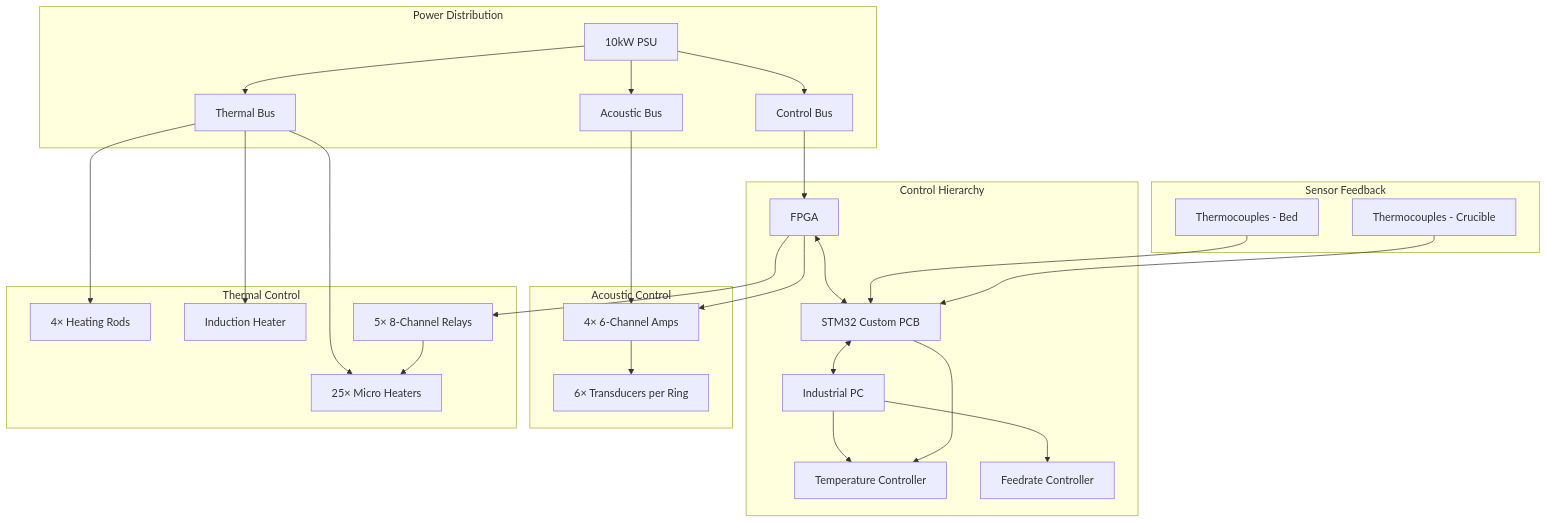
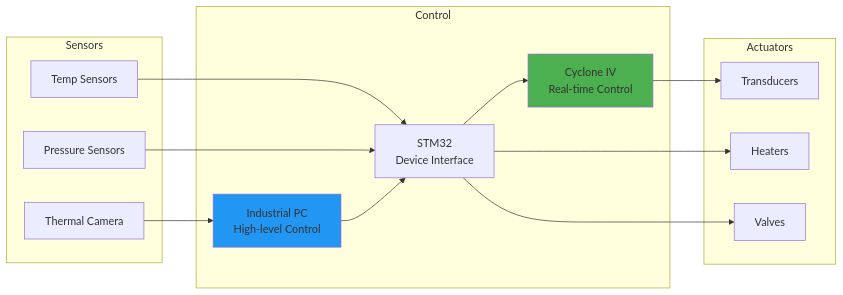
One commit to jnarwell/drip changed the second of 2 diagrams in docs/system/architecture.md. Above: the diagram before and after it, drawn with Mermaid. The commit also changed other lines of this file and 32 other files, not shown here.

````diff
--- a/docs/system/architecture.md
+++ b/docs/system/architecture.md
@@ -62,37 +80,34 @@
 ```mermaid
-graph TB
-    subgraph "Power Distribution"
-        PSU[10kW PSU]
-        PSU --> AB[Acoustic Bus]
-        PSU --> CB[Control Bus]
-        PSU --> TB[Thermal Bus]
+graph LR
+    subgraph "Sensors"
+        TC[Thermal Camera]
+        TS[Temp Sensors]
+        PS[Pressure Sensors]
     end
     
-    subgraph "Control Hierarchy"
-        CB --> FPGA
-        FPGA <--> STM32[STM32 Custom PCB]
-        STM32 <--> IPC[Industrial PC]
-        IPC --> TC[Temperature Controller]
-        IPC --> FR[Feedrate Controller]
+    subgraph "Control"
+        PC[Industrial PC<br/>High-level Control]
+        STM[STM32<br/>Device Interface]
+        FPGA[Cyclone IV<br/>Real-time Control]
     end
     
-    subgraph "Acoustic Control"
-        AB --> AMP[4× 6-Channel Amps]
-        AMP --> TRANS[6× Transducers per Ring]
-        FPGA --> AMP
+    subgraph "Actuators"
+        TR[Transducers]
+        HT[Heaters]
+        VL[Valves]
     end
     
-    subgraph "Thermal Control"
-        TB --> HR[4× Heating Rods]
-        TB --> IH[Induction Heater]
-        TB --> MH[25× Micro Heaters]
-        FPGA --> REL[5× 8-Channel Relays]
-        REL --> MH
-    end
+    TC --> PC
+    TS --> STM
+    PS --> STM
     
-    subgraph "Sensor Feedback"
-        TH1[Thermocouples - Bed] --> STM32
-        TH2[Thermocouples - Crucible] --> STM32
-        STM32 --> TC
-    end
+    PC --> STM
+    STM --> FPGA
+    
+    FPGA --> TR
+    STM --> HT
+    STM --> VL
+    
+    style PC fill:#2196f3
+    style FPGA fill:#4caf50
 ```
````
